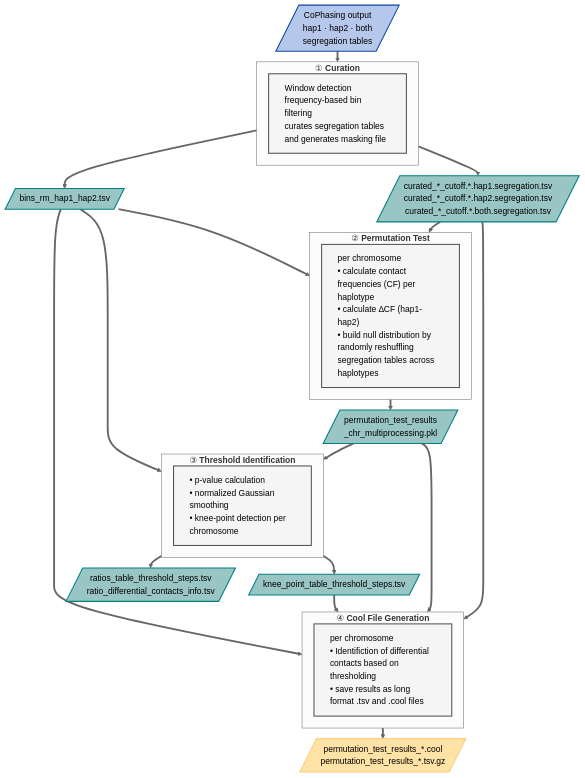
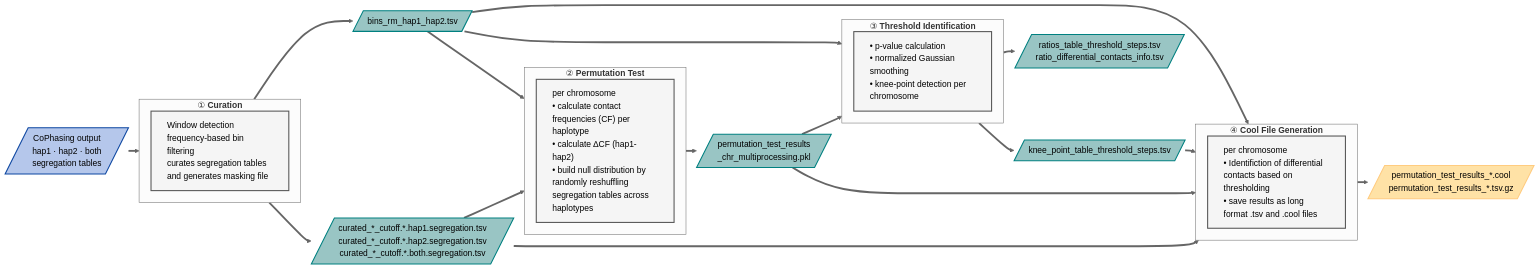
Before and after one commit to schwarzlab-ccb/cophasing: the diagram in README.md, drawn with Mermaid (neutral theme).

Commit message:
adjusted process visualisation for permutation test pipeline

````diff
--- a/README.md
+++ b/README.md
@@ -108,64 +108,64 @@
 ```mermaid
 ---
 config:
   flowchart:
     nodeSpacing: 25
     rankSpacing: 20
     diagramPadding: 4
 ---
-flowchart TD
+flowchart LR
     IN[/"CoPhasing output\nhap1 · hap2 · both\nsegregation tables"/]
 
     IN ==> S1
 
     subgraph S1["`① **Curation**`"]
         P1["Window detection frequency-based bin filtering\ncurates segregation tables and generates masking file"]
     end
 
     S1 ==> CUR[/"curated_*_cutoff.*.hap1.segregation.tsv\ncurated_*_cutoff.*.hap2.segregation.tsv\ncurated_*_cutoff.*.both.segregation.tsv"/]
     S1 ==> BINS[/"bins_rm_hap1_hap2.tsv"/]
 
     CUR ==> S2
     BINS ==> S2
 
     subgraph S2["`② **Permutation Test**`"]
         P2["per chromosome<br/>• calculate contact frequencies (CF) per haplotype<br/>• calculate ∆CF (hap1-hap2)<br/>• build null distribution by randomly reshuffling segregation tables across haplotypes"]
     end
 
     S2 ==> PKL[/"permutation_test_results\n_chr_multiprocessing.pkl"/]
 
     PKL ==> S3
     BINS ==> S3
 
     subgraph S3["`③ **Threshold Identification**`"]
         P3["• p-value calculation<br/>• normalized Gaussian smoothing<br/>• knee-point detection per chromosome"]
     end
 
     S3 ==> KNEE[/"knee_point_table_threshold_steps.tsv"/]
     S3 ==> RATIO[/"ratios_table_threshold_steps.tsv\nratio_differential_contacts_info.tsv"/]
 
     CUR ==> S4
     PKL ==> S4
     KNEE ==> S4
     BINS ==> S4
 
     subgraph S4["`④ **Cool File Generation**`"]
         P4["per chromosome<br/>• Identifiction of differential contacts based on thresholding<br/>• save results as long format .tsv and .cool files"]
     end
 
     S4 ==> COOL[/"permutation_test_results_*.cool\npermutation_test_results_*.tsv.gz"/]
 
     classDef input fill:#b5c7eb,stroke:#0d47a1,color:#000,stroke-width:2px;
     classDef process fill:#f5f5f5,stroke:#555555,color:#000,stroke-width:2px;
     classDef file fill:#99c5c4,stroke:#008080,color:#000,stroke-width:2px;
     classDef output fill:#ffe2a6,stroke:#ffcc80,color:#000,stroke-width:2px;
 
 
     class IN input;
     class P1,P2,P3,P4 process;
     class CUR,BINS,PKL,KNEE,RATIO file;
     class COOL output;
 
     classDef leftAlign text-align:left;
     class P1,P2,P3,P4 leftAlign;
 ```
````
